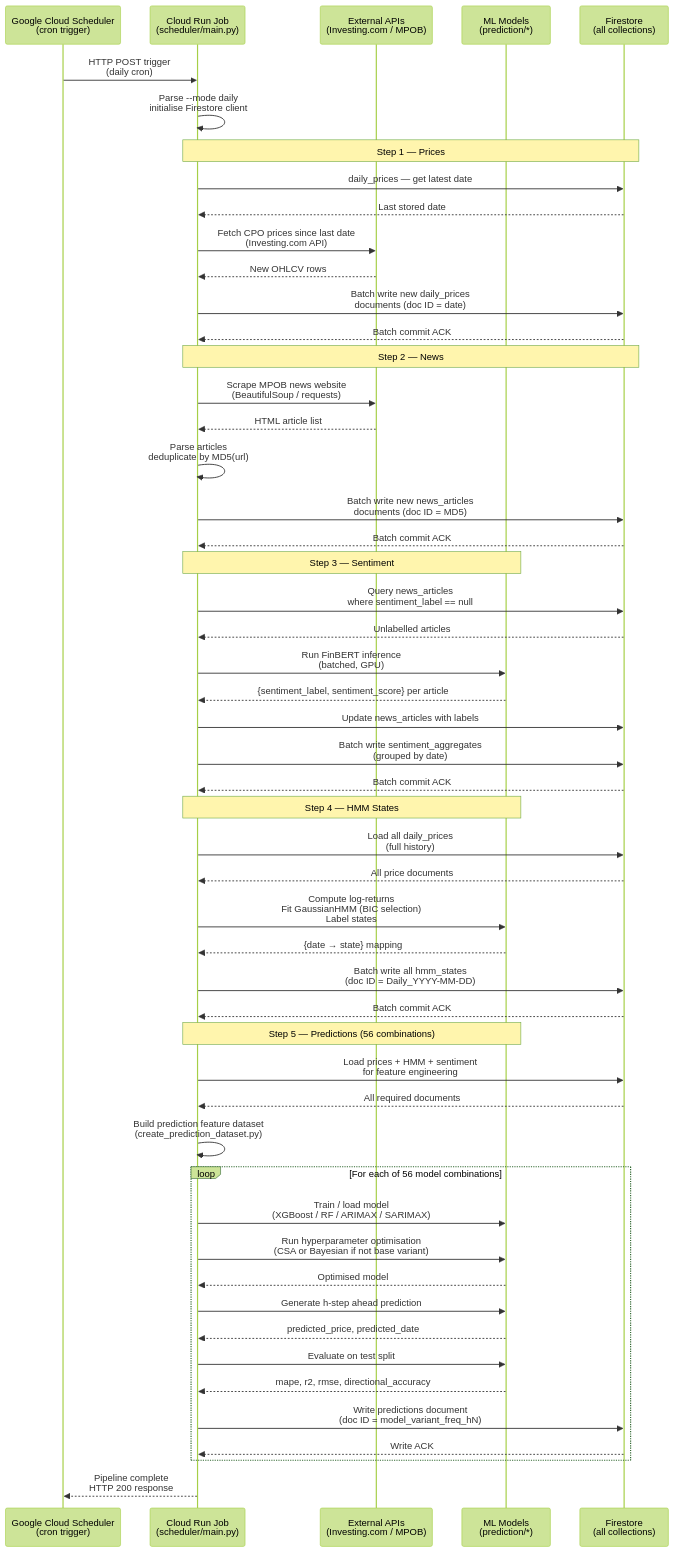
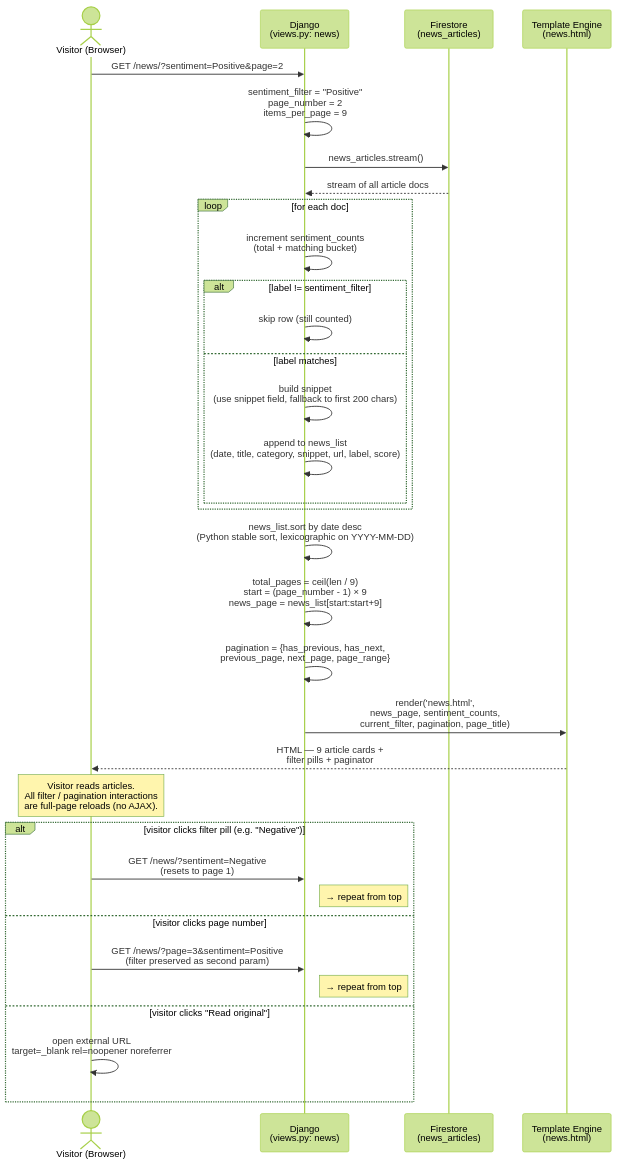
The third of 3 diagrams in diagrams/sequence.md (MemetStrain/Skripsi-sentiment), drawn with Mermaid (forest theme) before and after one commit. The commit also changed other lines of this file and 2 other files, not shown here.

First line of the commit message:
docs(diagrams): rewrite use-case, activity, sequence for current website

````diff
--- a/diagrams/sequence.md
+++ b/diagrams/sequence.md
@@ -94,80 +180,45 @@
 ```mermaid
 sequenceDiagram
-    participant GCS as Google Cloud Scheduler<br/>(cron trigger)
-    participant CR as Cloud Run Job<br/>(scheduler/main.py)
-    participant API as External APIs<br/>(Investing.com / MPOB)
-    participant ML as ML Models<br/>(prediction/*)
-    participant FS as Firestore<br/>(all collections)
+    actor V as Visitor (Browser)
+    participant DJ as Django<br/>(views.py: news)
+    participant FS as Firestore<br/>(news_articles)
+    participant TM as Template Engine<br/>(news.html)
 
-    GCS->>CR: HTTP POST trigger<br/>(daily cron)
+    V->>DJ: GET /news/?sentiment=Positive&page=2
 
-    CR->>CR: Parse --mode daily<br/>initialise Firestore client
+    DJ->>DJ: sentiment_filter = "Positive"<br/>page_number = 2<br/>items_per_page = 9
 
-    Note over CR,FS: Step 1 — Prices
+    DJ->>FS: news_articles.stream()
+    FS-->>DJ: stream of all article docs
 
-    CR->>FS: daily_prices — get latest date
-    FS-->>CR: Last stored date
-
-    CR->>API: Fetch CPO prices since last date<br/>(Investing.com API)
-    API-->>CR: New OHLCV rows
-
-    CR->>FS: Batch write new daily_prices<br/>documents (doc ID = date)
-    FS-->>CR: Batch commit ACK
-
-    Note over CR,FS: Step 2 — News
-
-    CR->>API: Scrape MPOB news website<br/>(BeautifulSoup / requests)
-    API-->>CR: HTML article list
-
-    CR->>CR: Parse articles<br/>deduplicate by MD5(url)
-
-    CR->>FS: Batch write new news_articles<br/>documents (doc ID = MD5)
-    FS-->>CR: Batch commit ACK
-
-    Note over CR,ML: Step 3 — Sentiment
-
-    CR->>FS: Query news_articles<br/>where sentiment_label == null
-    FS-->>CR: Unlabelled articles
-
-    CR->>ML: Run FinBERT inference<br/>(batched, GPU)
-    ML-->>CR: {sentiment_label, sentiment_score} per article
-
-    CR->>FS: Update news_articles with labels
-    CR->>FS: Batch write sentiment_aggregates<br/>(grouped by date)
-    FS-->>CR: Batch commit ACK
-
-    Note over CR,ML: Step 4 — HMM States
-
-    CR->>FS: Load all daily_prices<br/>(full history)
-    FS-->>CR: All price documents
-
-    CR->>ML: Compute log-returns<br/>Fit GaussianHMM (BIC selection)<br/>Label states
-    ML-->>CR: {date → state} mapping
-
-    CR->>FS: Batch write all hmm_states<br/>(doc ID = Daily_YYYY-MM-DD)
-    FS-->>CR: Batch commit ACK
-
-    Note over CR,ML: Step 5 — Predictions (56 combinations)
-
-    CR->>FS: Load prices + HMM + sentiment<br/>for feature engineering
-    FS-->>CR: All required documents
-
-    CR->>CR: Build prediction feature dataset<br/>(create_prediction_dataset.py)
-
-    loop For each of 56 model combinations
-        CR->>ML: Train / load model<br/>(XGBoost / RF / ARIMAX / SARIMAX)
-        CR->>ML: Run hyperparameter optimisation<br/>(CSA or Bayesian if not base variant)
-        ML-->>CR: Optimised model
-
-        CR->>ML: Generate h-step ahead prediction
-        ML-->>CR: predicted_price, predicted_date
-
-        CR->>ML: Evaluate on test split
-        ML-->>CR: mape, r2, rmse, directional_accuracy
-
-        CR->>FS: Write predictions document<br/>(doc ID = model_variant_freq_hN)
-        FS-->>CR: Write ACK
+    loop for each doc
+        DJ->>DJ: increment sentiment_counts<br/>(total + matching bucket)
+        alt label != sentiment_filter
+            DJ->>DJ: skip row (still counted)
+        else label matches
+            DJ->>DJ: build snippet<br/>(use snippet field, fallback to first 200 chars)
+            DJ->>DJ: append to news_list<br/>(date, title, category, snippet, url, label, score)
+        end
     end
 
-    CR-->>GCS: Pipeline complete<br/>HTTP 200 response
+    DJ->>DJ: news_list.sort by date desc<br/>(Python stable sort, lexicographic on YYYY-MM-DD)
+
+    DJ->>DJ: total_pages = ceil(len / 9)<br/>start = (page_number - 1) × 9<br/>news_page = news_list[start:start+9]
+
+    DJ->>DJ: pagination = {has_previous, has_next,<br/>previous_page, next_page, page_range}
+
+    DJ->>TM: render('news.html',<br/>news_page, sentiment_counts,<br/>current_filter, pagination, page_title)
+    TM-->>V: HTML — 9 article cards +<br/>filter pills + paginator
+
+    Note over V: Visitor reads articles.<br/>All filter / pagination interactions<br/>are full-page reloads (no AJAX).
+
+    alt visitor clicks filter pill (e.g. "Negative")
+        V->>DJ: GET /news/?sentiment=Negative<br/>(resets to page 1)
+        Note right of DJ: → repeat from top
+    else visitor clicks page number
+        V->>DJ: GET /news/?page=3&sentiment=Positive<br/>(filter preserved as second param)
+        Note right of DJ: → repeat from top
+    else visitor clicks "Read original"
+        V->>V: open external URL<br/>target=_blank rel=noopener noreferrer
+    end
 ```
````
